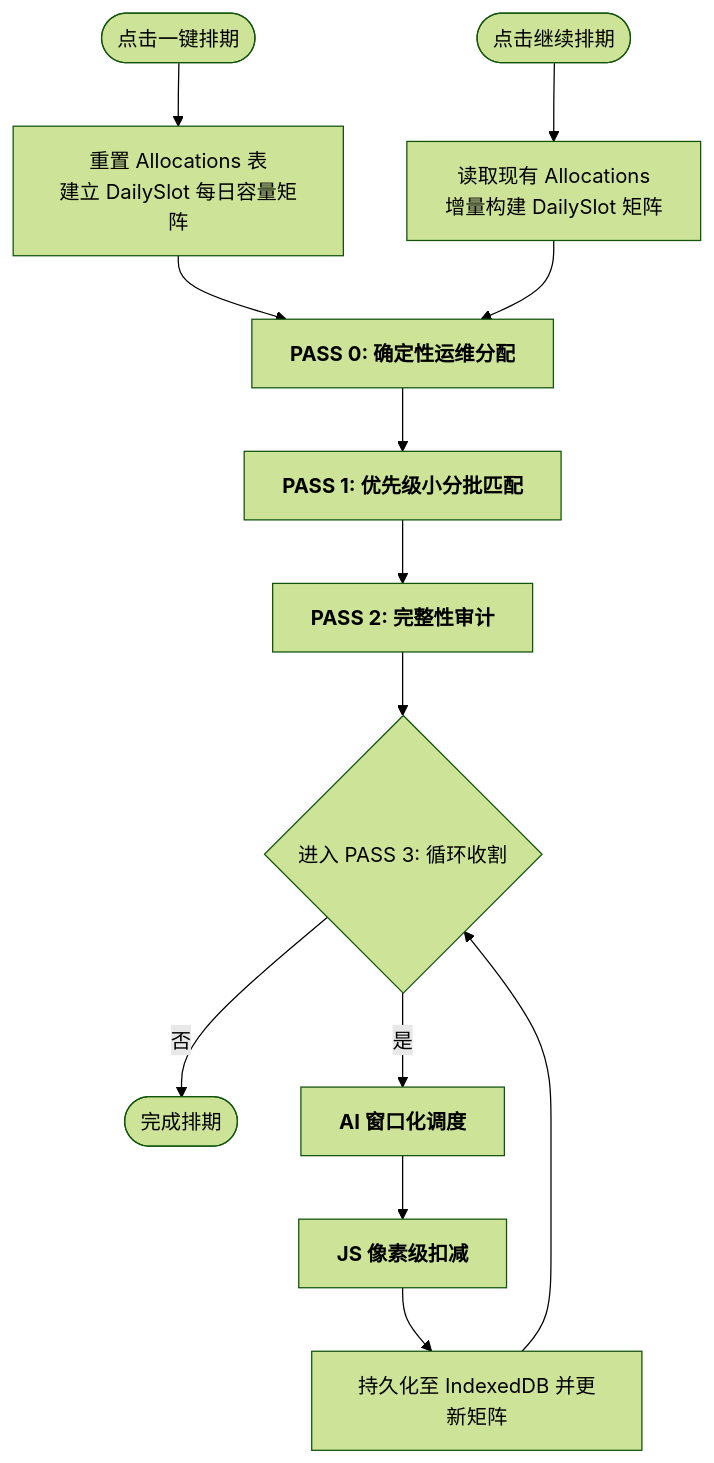
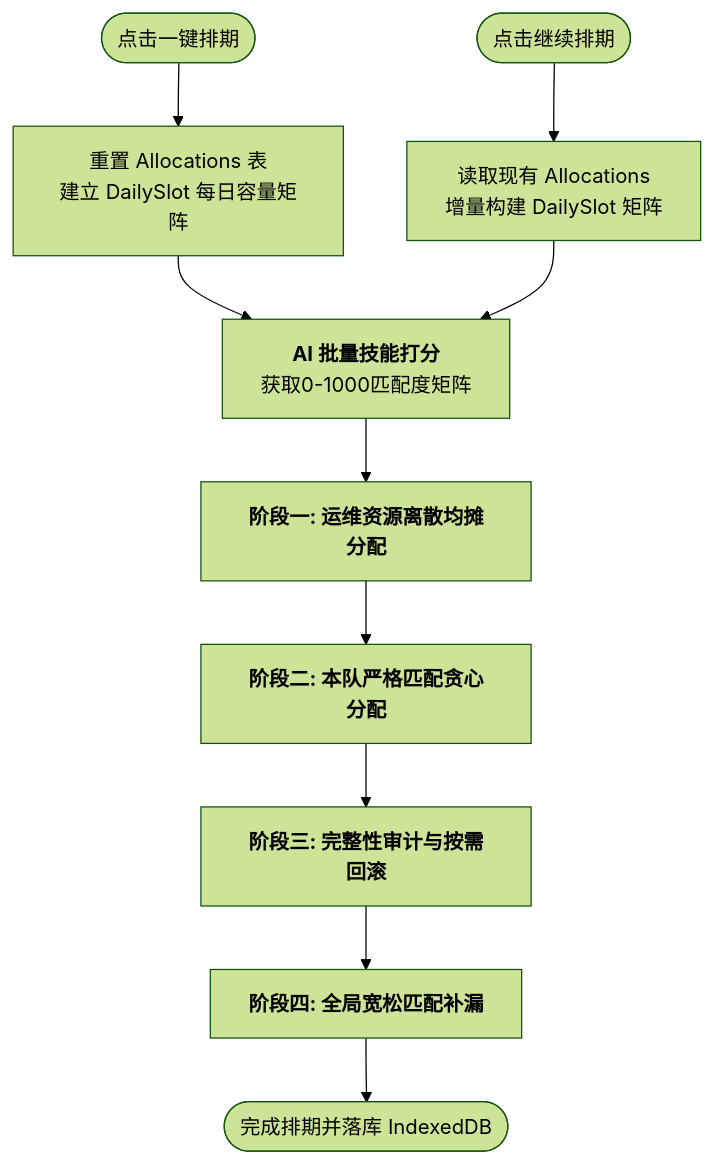
One commit to jambus/Intelligent-Project-Planning changed the second of 2 diagrams in docs/requirement.md. Above: the diagram before and after it, drawn with Mermaid (forest theme). The commit also changed other lines of this file and 7 other files, not shown here.

````diff
--- a/docs/requirement.md
+++ b/docs/requirement.md
@@ -118,15 +118,12 @@
 ```mermaid
 graph TD
     Start([点击一键排期]) --> Init[重置 Allocations 表<br/>建立 DailySlot 每日容量矩阵]
     Continue([点击继续排期]) --> InitContinue[读取现有 Allocations<br/>增量构建 DailySlot 矩阵]
-    Init --> Pass0[<b>PASS 0: 确定性运维分配</b>]
-    InitContinue --> Pass0
-    Pass0 --> Pass1[<b>PASS 1: 优先级小分批匹配</b>]
-    Pass1 --> Audit[<b>PASS 2: 完整性审计</b>]
-    Audit --> LoopStart{进入 PASS 3: 循环收割}
-    LoopStart -- 否 --> End([完成排期])
-    LoopStart -- 是 --> BatchAI[<b>AI 窗口化调度</b>]
-    BatchAI --> HardDeduction[<b>JS 像素级扣减</b>]
-    HardDeduction --> Save[持久化至 IndexedDB 并更新矩阵]
-    Save --> LoopStart
+    Init --> AI_Score[<b>AI 批量技能打分</b><br/>获取0-1000匹配度矩阵]
+    InitContinue --> AI_Score
+    AI_Score --> Pass0[<b>阶段一: 运维资源离散均摊分配</b>]
+    Pass0 --> Pass1[<b>阶段二: 本队严格匹配贪心分配</b>]
+    Pass1 --> Audit[<b>阶段三: 完整性审计与按需回滚</b>]
+    Audit --> PassLate[<b>阶段四: 全局宽松匹配补漏</b>]
+    PassLate --> End([完成排期并落库 IndexedDB])
 ```
````
